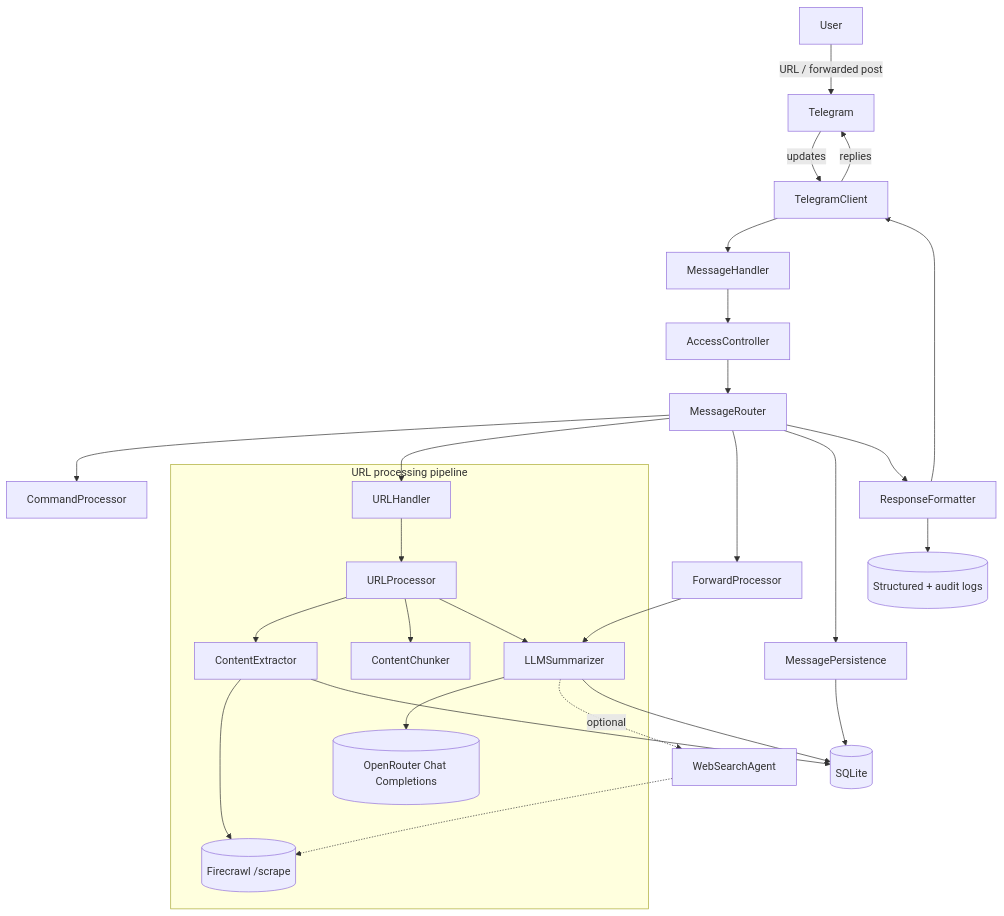
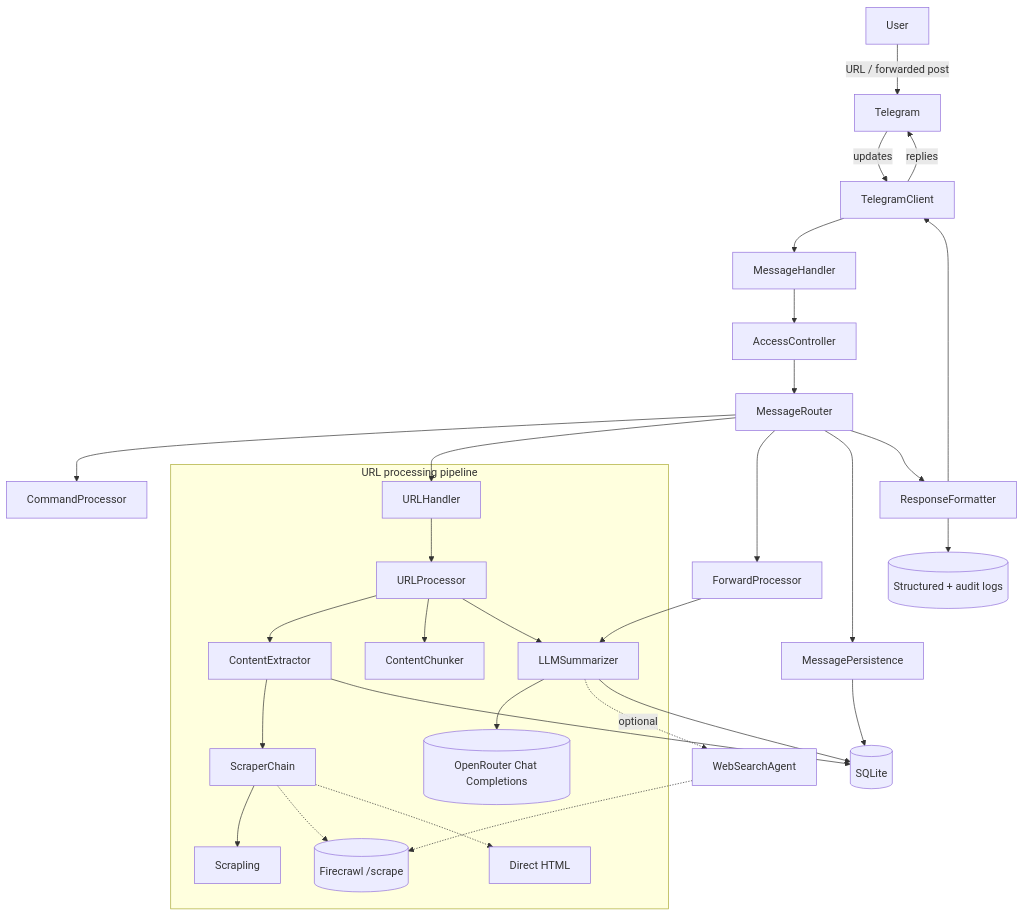
Before and after one commit to po4yka/bite-size-reader: the first of 5 diagrams in docs/SPEC.md, drawn with Mermaid. The commit also changed other lines of this file and 8 other files, not shown here.

First line of the commit message:
docs: Update documentation for multi-provider scraper chain architecture

````diff
--- a/docs/SPEC.md
+++ b/docs/SPEC.md
@@ -131,32 +131,35 @@
 ```mermaid
 flowchart TD
   U[User] -->| URL / forwarded post | TG[Telegram]
   TG -->| updates | TGClient[TelegramClient]
   TGClient --> MsgHandler[MessageHandler]
   MsgHandler --> AccessController
   AccessController --> MessageRouter
   MessageRouter --> CommandProcessor
   MessageRouter --> URLHandler
   MessageRouter --> ForwardProcessor
   MessageRouter --> MessagePersistence
   MessagePersistence --> DB[(SQLite)]
 
   subgraph URL_Pipeline [URL processing pipeline]
     URLHandler --> URLProcessor
     URLProcessor --> ContentExtractor
-    ContentExtractor --> Firecrawl[(Firecrawl /scrape)]
+    ContentExtractor --> ScraperChain[ScraperChain]
+    ScraperChain --> Scrapling[Scrapling]
+    ScraperChain -.-> Firecrawl[(Firecrawl /scrape)]
+    ScraperChain -.-> DirectHTML[Direct HTML]
     URLProcessor --> ContentChunker
     URLProcessor --> LLMSummarizer
     LLMSummarizer --> OpenRouter[(OpenRouter Chat Completions)]
   end
 
   ForwardProcessor --> LLMSummarizer
   LLMSummarizer -.->| optional | WebSearch[WebSearchAgent]
   WebSearch -.-> Firecrawl
   ContentExtractor --> DB
   LLMSummarizer --> DB
   MessageRouter --> ResponseFormatter
   ResponseFormatter --> TGClient
   ResponseFormatter --> Logs[(Structured + audit logs)]
   TGClient -->| replies | TG
 ```
````
